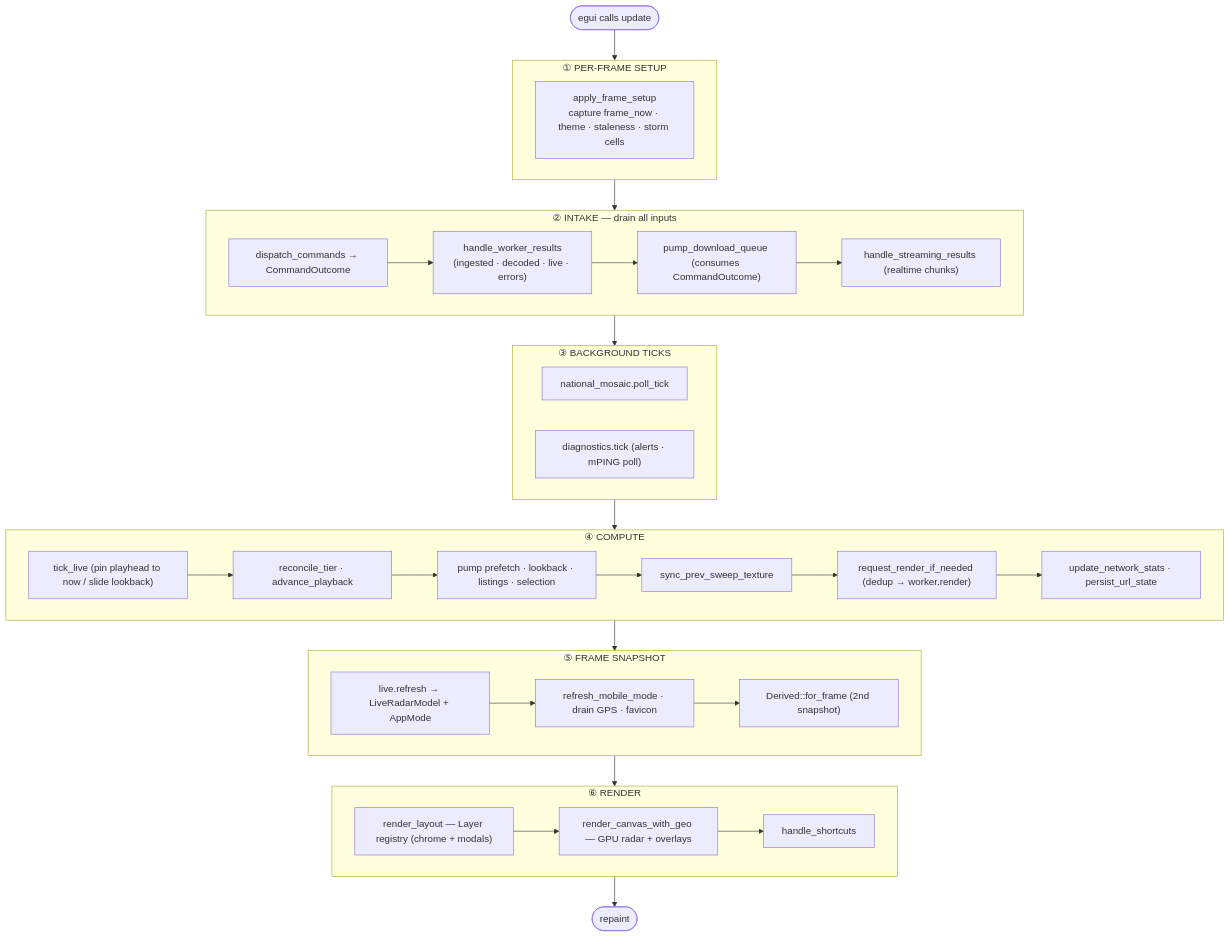
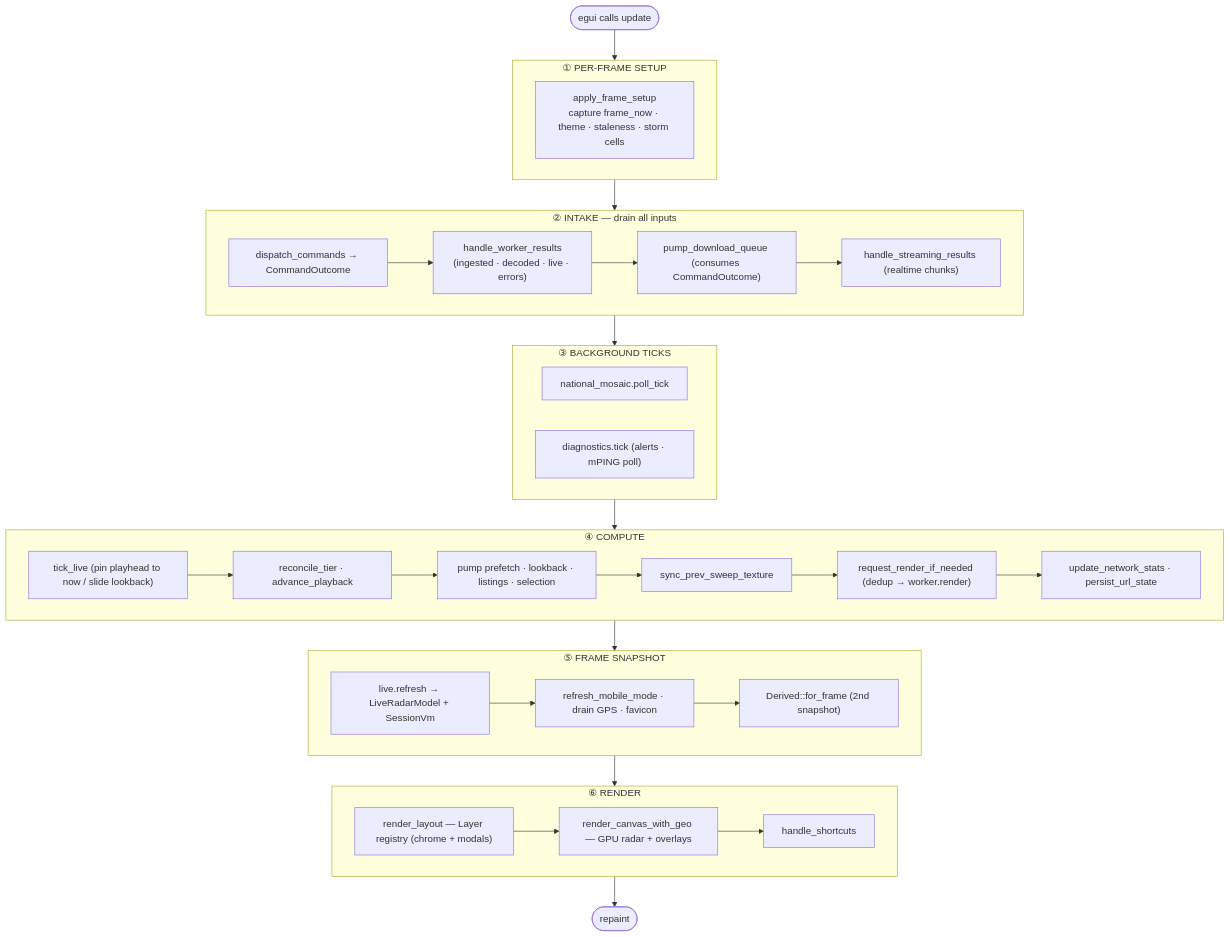
The seventh of 22 diagrams in docs/ARCHITECTURE_DIAGRAMS.md (danielway/nexrad-workbench), drawn with Mermaid before and after one commit. The commit also changed other lines of this file and 23 other files, not shown here.

````diff
--- a/docs/ARCHITECTURE_DIAGRAMS.md
+++ b/docs/ARCHITECTURE_DIAGRAMS.md
@@ -324,42 +328,42 @@
 ```mermaid
 flowchart TB
     start([egui calls update])
 
     subgraph s1["① PER-FRAME SETUP"]
         a1["apply_frame_setup<br/>capture frame_now · theme · staleness · storm cells"]
     end
     subgraph s2["② INTAKE — drain all inputs"]
         b1["dispatch_commands → CommandOutcome"]
         b2["handle_worker_results<br/>(ingested · decoded · live · errors)"]
         b3["pump_download_queue (consumes CommandOutcome)"]
         b4["handle_streaming_results (realtime chunks)"]
         b1 --> b2 --> b3 --> b4
     end
     subgraph s3["③ BACKGROUND TICKS"]
         c1["national_mosaic.poll_tick"]
         c2["diagnostics.tick (alerts · mPING poll)"]
     end
     subgraph s4["④ COMPUTE"]
         d1["tick_live (pin playhead to now / slide lookback)"]
         d2["reconcile_tier · advance_playback"]
         d3["pump prefetch · lookback · listings · selection"]
         d4["sync_prev_sweep_texture"]
         d5["request_render_if_needed (dedup → worker.render)"]
         d6["update_network_stats · persist_url_state"]
         d1 --> d2 --> d3 --> d4 --> d5 --> d6
     end
     subgraph s5["⑤ FRAME SNAPSHOT"]
-        e1["live.refresh → LiveRadarModel + AppMode"]
+        e1["live.refresh → LiveRadarModel + SessionVm"]
         e2["refresh_mobile_mode · drain GPS · favicon"]
         e3["Derived::for_frame (2nd snapshot)"]
         e1 --> e2 --> e3
     end
     subgraph s6["⑥ RENDER"]
         f1["render_layout — Layer registry (chrome + modals)"]
         f2["render_canvas_with_geo — GPU radar + overlays"]
         f3["handle_shortcuts"]
         f1 --> f2 --> f3
     end
 
     start --> s1 --> s2 --> s3 --> s4 --> s5 --> s6 --> done([repaint])
 ```
````
